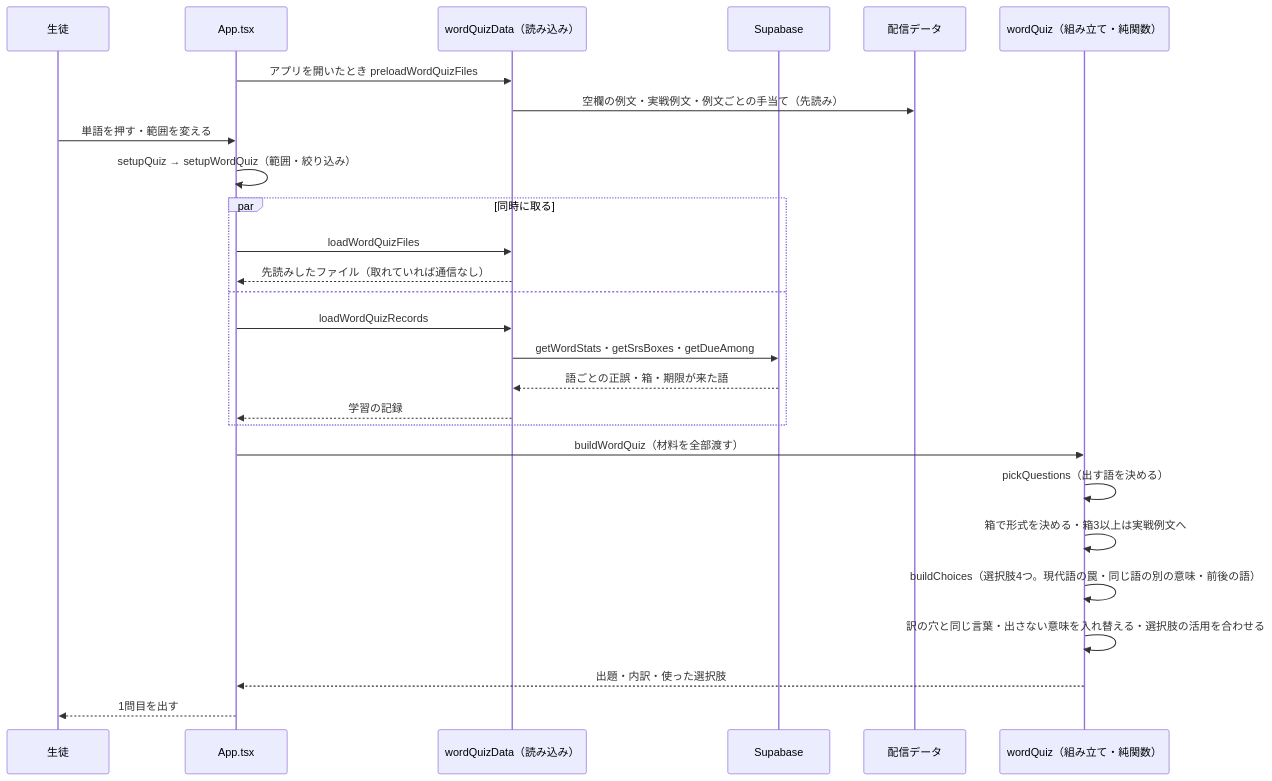
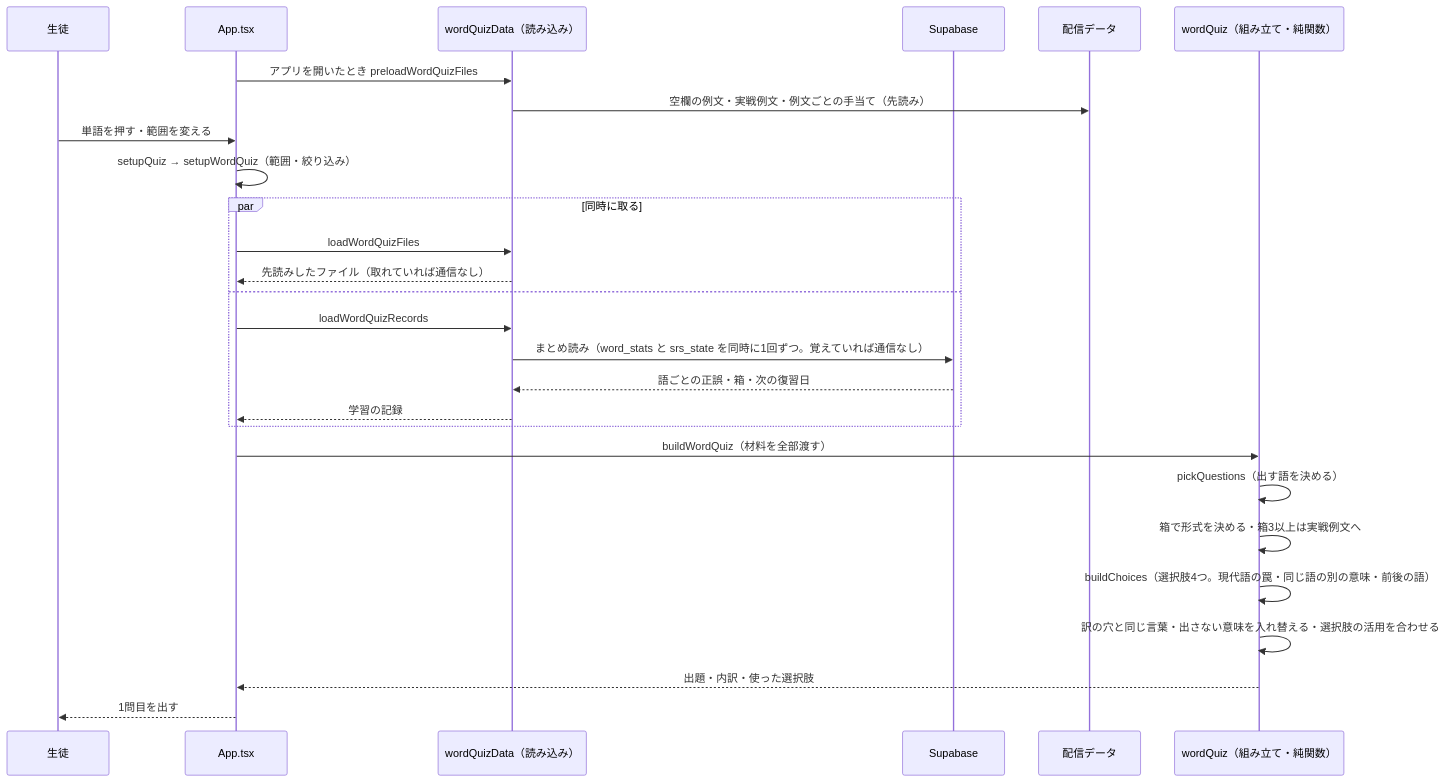
The seventh of 11 diagrams in docs/system-overview.md (daichi223-web/daichi223-web), drawn with Mermaid before and after one commit. The commit also changed other lines of this file and 12 other files, not shown here.

````diff
--- a/docs/system-overview.md
+++ b/docs/system-overview.md
@@ -230,30 +230,30 @@
 ```mermaid
 sequenceDiagram
   participant U as 生徒
   participant A as App.tsx
   participant D as wordQuizData（読み込み）
   participant S as Supabase
   participant F as 配信データ
   participant B as wordQuiz（組み立て・純関数）
 
   A->>D: アプリを開いたとき preloadWordQuizFiles
   D->>F: 空欄の例文・実戦例文・例文ごとの手当て（先読み）
   U->>A: 単語を押す・範囲を変える
   A->>A: setupQuiz → setupWordQuiz（範囲・絞り込み）
   par 同時に取る
     A->>D: loadWordQuizFiles
     D-->>A: 先読みしたファイル（取れていれば通信なし）
   and
     A->>D: loadWordQuizRecords
-    D->>S: getWordStats・getSrsBoxes・getDueAmong
-    S-->>D: 語ごとの正誤・箱・期限が来た語
+    D->>S: まとめ読み（word_stats と srs_state を同時に1回ずつ。覚えていれば通信なし）
+    S-->>D: 語ごとの正誤・箱・次の復習日
     D-->>A: 学習の記録
   end
   A->>B: buildWordQuiz（材料を全部渡す）
   B->>B: pickQuestions（出す語を決める）
   B->>B: 箱で形式を決める・箱3以上は実戦例文へ
   B->>B: buildChoices（選択肢4つ。現代語の罠・同じ語の別の意味・前後の語）
   B->>B: 訳の穴と同じ言葉・出さない意味を入れ替える・選択肢の活用を合わせる
   B-->>A: 出題・内訳・使った選択肢
   A-->>U: 1問目を出す
 ```
````
